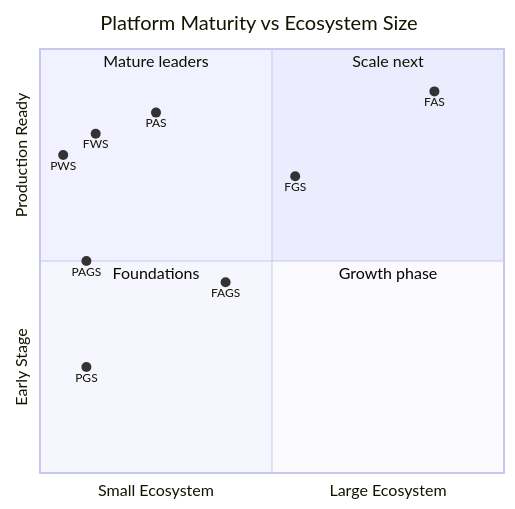
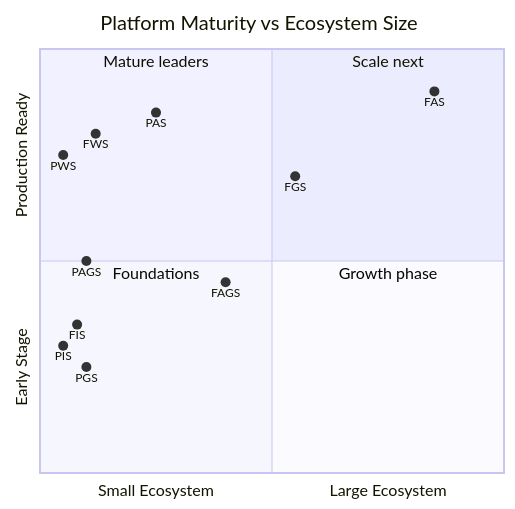
One commit to OpenFrontierOne/openfrontier-docs changed the second of 2 diagrams in docs/ecosystem/metrics.md. Above: the diagram before and after it, drawn with Mermaid. The commit also changed other lines of this file and 79 other files, not shown here.

````diff
--- a/docs/ecosystem/metrics.md
+++ b/docs/ecosystem/metrics.md
@@ -26,18 +28,20 @@
 ```mermaid
 quadrantChart
     title Platform Maturity vs Ecosystem Size
     x-axis "Small Ecosystem" --> "Large Ecosystem"
     y-axis "Early Stage" --> "Production Ready"
     quadrant-1 "Scale next"
     quadrant-2 "Mature leaders"
     quadrant-3 "Foundations"
     quadrant-4 "Growth phase"
     FAS: [0.85, 0.90]
     PAS: [0.25, 0.85]
     FGS: [0.55, 0.70]
     FWS: [0.12, 0.80]
     PWS: [0.05, 0.75]
     FAGS: [0.40, 0.45]
     PAGS: [0.10, 0.50]
+    FIS: [0.08, 0.35]
+    PIS: [0.05, 0.30]
     PGS: [0.10, 0.25]
 ```
````
